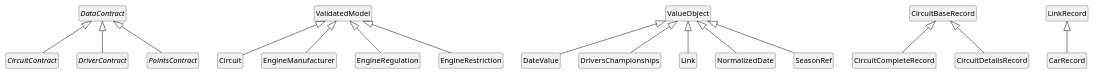
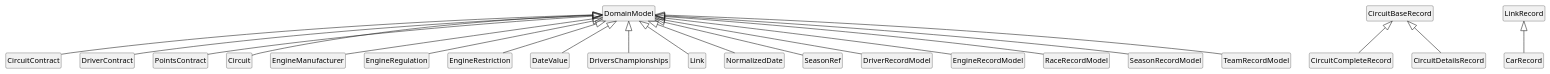
The diagram in docs/uml/inheritance/models.puml (bgembalczyk/F1), drawn with PlantUML before and after one commit. The commit also changed 47 other files, not shown here.

First line of the commit message:
Unify DataContract/ValidatedModel/ValueObject/*RecordModel into DomainModel; remove SectionAdapter/SectionAwareMixin/DeclarativeSectionTableParseMixin/PipelineService"

```diff
--- a/docs/uml/inheritance/models.puml
+++ b/docs/uml/inheritance/models.puml
@@ -1,49 +1,57 @@
 @startuml
 
 hide circle
 hide empty members
 
 
-interface DataContract
-interface CircuitContract
-interface DriverContract
-interface PointsContract
-
-class ValidatedModel
+class DomainModel
+class CircuitContract
+class DriverContract
+class PointsContract
 class Circuit
 class EngineManufacturer
 class EngineRegulation
 class EngineRestriction
-class ValueObject
 class DateValue
 class DriversChampionships
 class Link
 class NormalizedDate
 class SeasonRef
 class CircuitBaseRecord
 class CircuitCompleteRecord
 class CircuitDetailsRecord
 class LinkRecord
 class CarRecord
+class DriverRecordModel
+class EngineRecordModel
+class RaceRecordModel
+class SeasonRecordModel
+class TeamRecordModel
 
 
-DataContract <|-- CircuitContract
-DataContract <|-- DriverContract
-DataContract <|-- PointsContract
+DomainModel <|-- CircuitContract
+DomainModel <|-- DriverContract
+DomainModel <|-- PointsContract
 
-ValidatedModel <|-- Circuit
-ValidatedModel <|-- EngineManufacturer
-ValidatedModel <|-- EngineRegulation
-ValidatedModel <|-- EngineRestriction
+DomainModel <|-- Circuit
+DomainModel <|-- EngineManufacturer
+DomainModel <|-- EngineRegulation
+DomainModel <|-- EngineRestriction
 
-ValueObject <|-- DateValue
-ValueObject <|-- DriversChampionships
-ValueObject <|-- Link
-ValueObject <|-- NormalizedDate
-ValueObject <|-- SeasonRef
+DomainModel <|-- DateValue
+DomainModel <|-- DriversChampionships
+DomainModel <|-- Link
+DomainModel <|-- NormalizedDate
+DomainModel <|-- SeasonRef
+
+DomainModel <|-- DriverRecordModel
+DomainModel <|-- EngineRecordModel
+DomainModel <|-- RaceRecordModel
+DomainModel <|-- SeasonRecordModel
+DomainModel <|-- TeamRecordModel
 
 CircuitBaseRecord <|-- CircuitCompleteRecord
 CircuitBaseRecord <|-- CircuitDetailsRecord
 LinkRecord <|-- CarRecord
 
 @enduml
```
